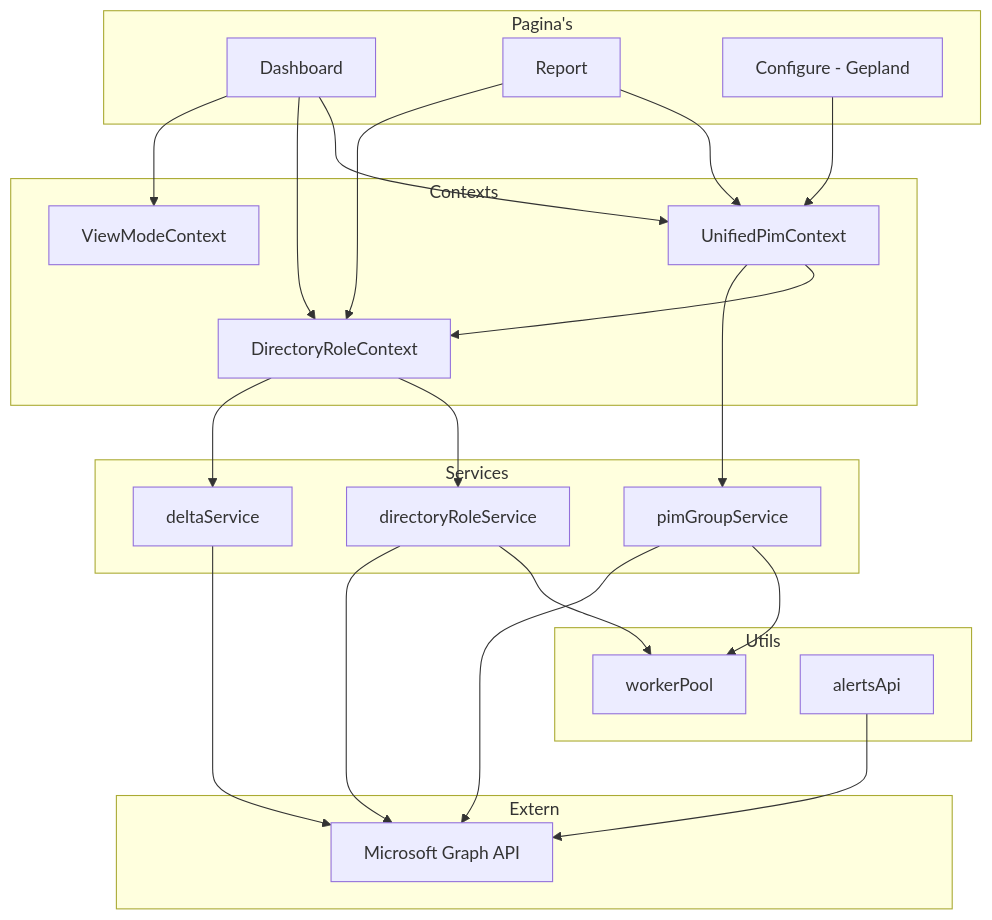
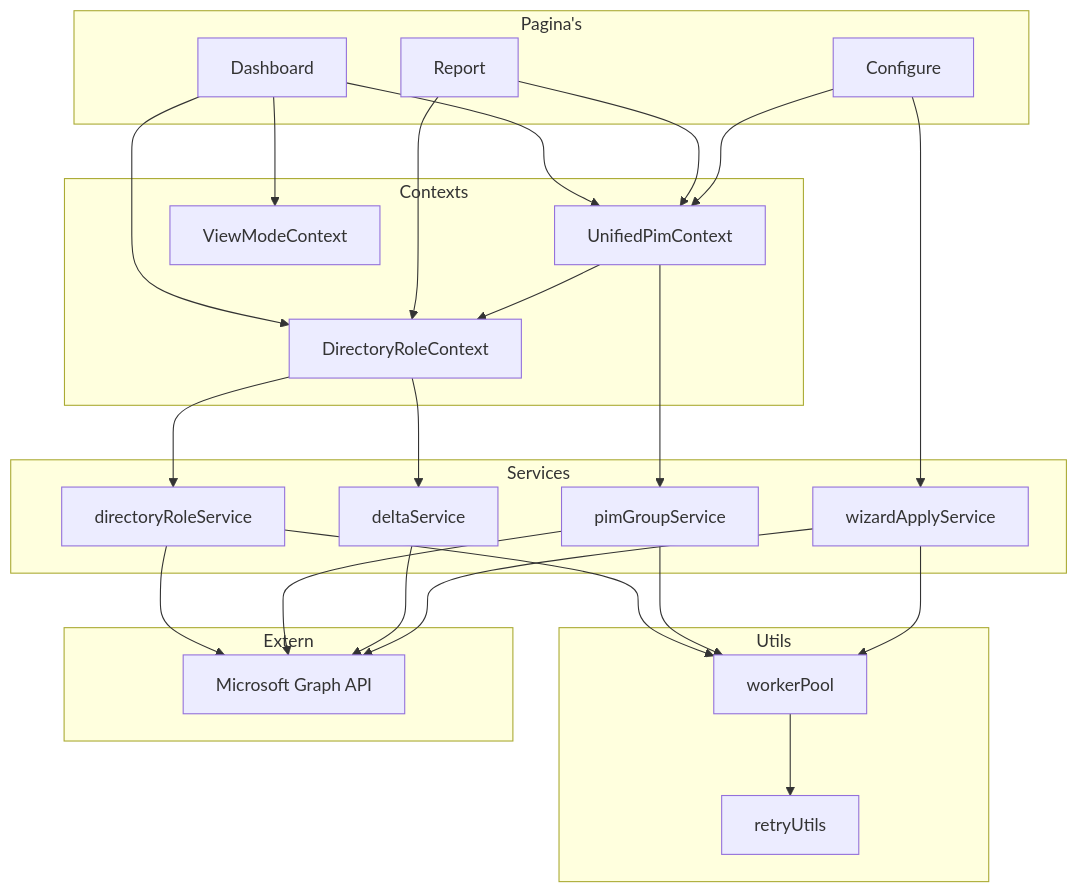
One commit to 0125joel/PIM-Manager changed the diagram in docs/nl/02-mappenstructuur.md. Above: the diagram before and after it, drawn with Mermaid. The commit also changed other lines of this file and 158 other files, not shown here.

````diff
--- a/docs/nl/02-mappenstructuur.md
+++ b/docs/nl/02-mappenstructuur.md
@@ -197,46 +213,50 @@
 ```mermaid
 flowchart TD
     subgraph "Pagina's"
         A[Dashboard]
         B[Report]
-        C[Configure - Gepland]
+        C[Configure]
     end
 
     subgraph "Contexts"
         D[UnifiedPimContext]
         E[DirectoryRoleContext]
         F[ViewModeContext]
     end
 
     subgraph "Services"
         G[directoryRoleService]
         H[pimGroupService]
         I[deltaService]
+        J[wizardApplyService]
     end
 
     subgraph "Utils"
-        J[workerPool]
-        K[alertsApi]
+        K[workerPool]
+        L[retryUtils]
     end
 
     subgraph "Extern"
-        L[Microsoft Graph API]
+        M[Microsoft Graph API]
     end
 
     A --> D
     A --> E
     A --> F
     B --> D
     B --> E
     C --> D
+    C --> J
     D --> E
     D --> H
     E --> G
     E --> I
-    G --> J
-    G --> L
-    H --> J
-    H --> L
-    I --> L
+    G --> K
+    G --> M
+    H --> K
+    H --> M
+    I --> M
+    J --> K
+    J --> M
     K --> L
 ```
````
